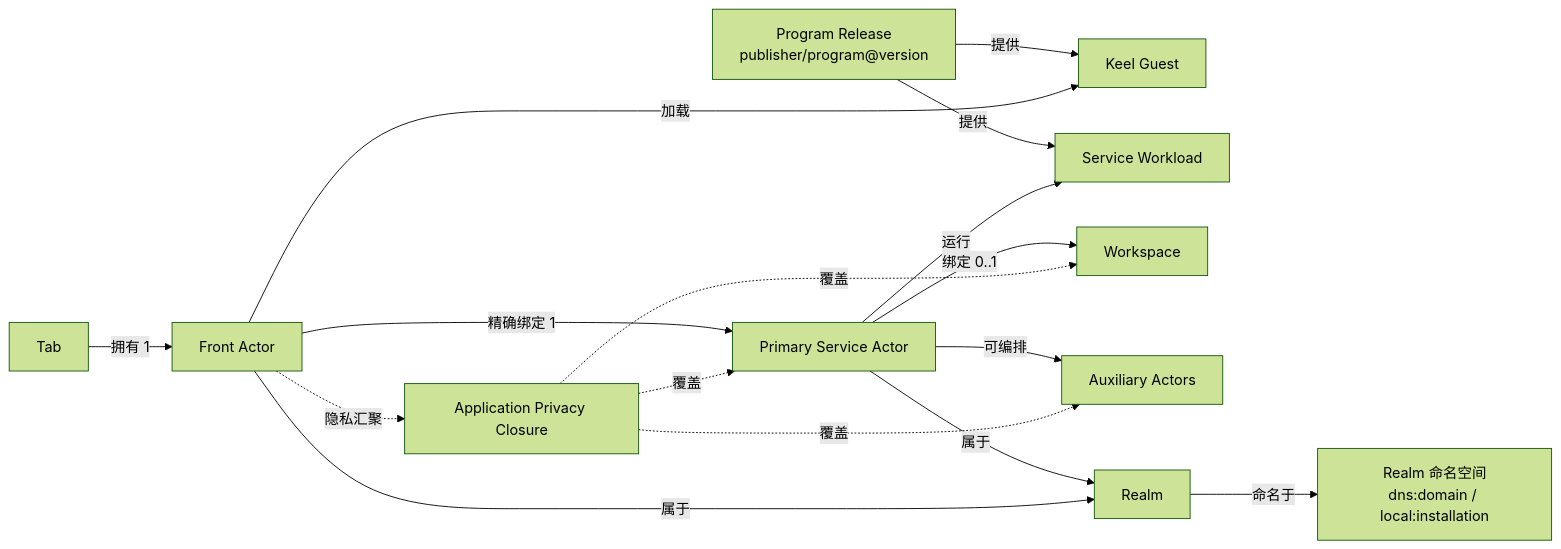
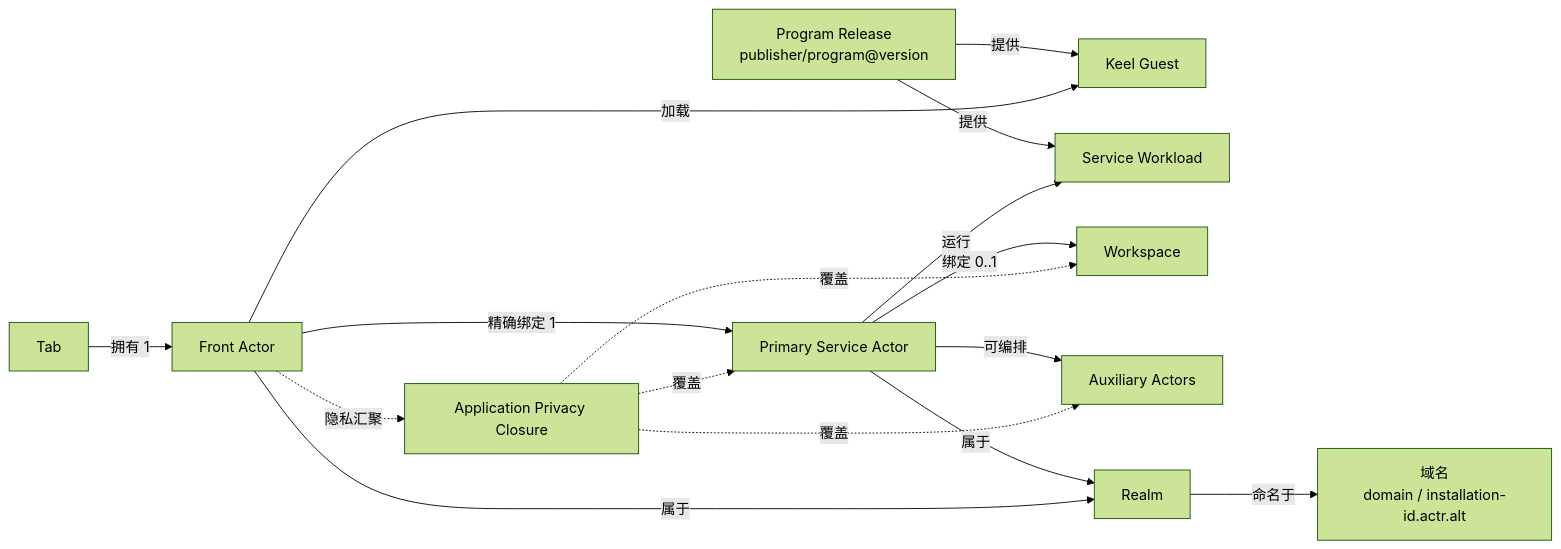
One commit to Actrium/actrium changed the diagram in docs/product/actrium-v1/02-domain-model.zh.md. Above: the diagram before and after it, drawn with Mermaid (forest theme). The commit also changed other lines of this file and 64 other files, not shown here.

````diff
--- a/docs/product/actrium-v1/02-domain-model.zh.md
+++ b/docs/product/actrium-v1/02-domain-model.zh.md
@@ -5,18 +5,18 @@
 ```mermaid
 flowchart LR
     P["Program Release<br/>publisher/program@version"] -->|提供| G["Keel Guest"]
     P -->|提供| W["Service Workload"]
     T["Tab"] -->|拥有 1| F["Front Actor"]
     F -->|加载| G
     F -->|精确绑定 1| S["Primary Service Actor"]
     S -->|运行| W
     S -->|绑定 0..1| WS["Workspace"]
     S -->|可编排| A["Auxiliary Actors"]
     S -->|属于| R["Realm"]
     F -->|属于| R
-    R -->|命名于| NS["Realm 命名空间<br/>dns:domain / local:installation"]
+    R -->|命名于| NS["域名<br/>domain / installation-id.actr.alt"]
     F -.隐私汇聚.-> PRIV["Application Privacy Closure"]
     PRIV -.覆盖.-> S
     PRIV -.覆盖.-> A
     PRIV -.覆盖.-> WS
 ```
````
